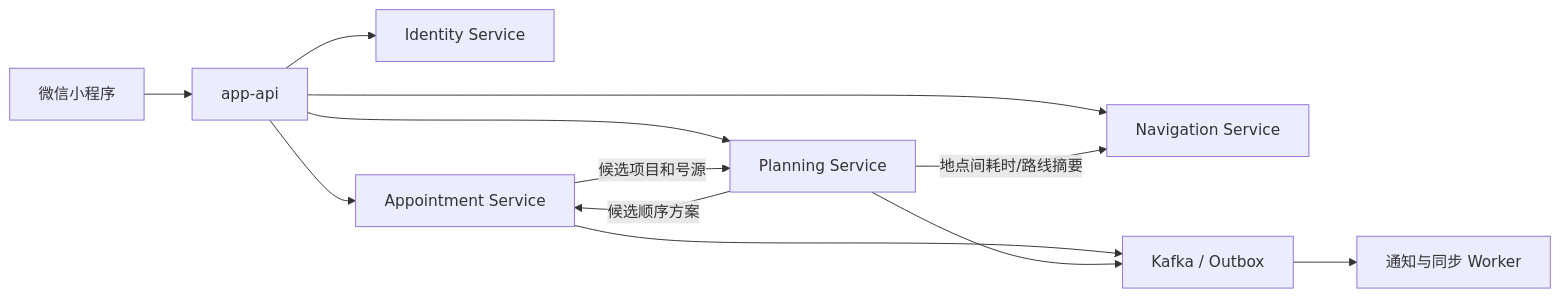
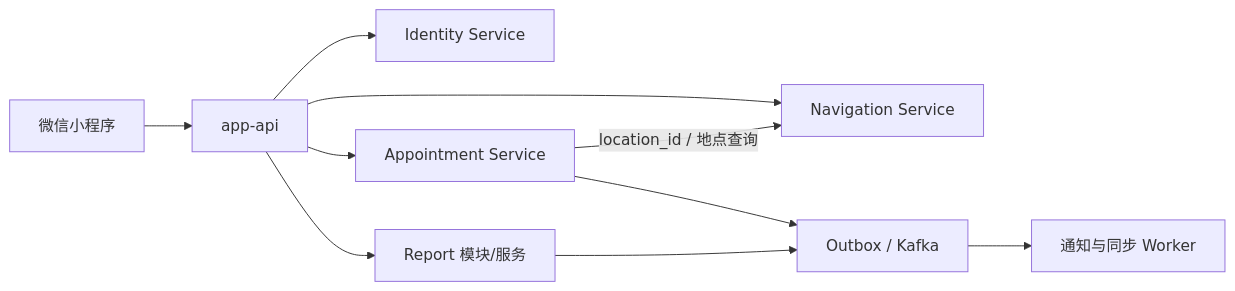
The diagram in plan/backend/overview/02-service-and-data-boundaries.md (bctd7/Hospital), drawn with Mermaid before and after one commit. The commit also changed other lines of this file and 18 other files, not shown here.

Commit message:
docs: consolidate appointment service plan

````diff
--- a/plan/backend/overview/02-service-and-data-boundaries.md
+++ b/plan/backend/overview/02-service-and-data-boundaries.md
@@ -121,16 +80,13 @@
 ```mermaid
 flowchart LR
     MINI["微信小程序"] --> API["app-api"]
     API --> ID["Identity Service"]
     API --> APPT["Appointment Service"]
-    API --> PLAN["Planning Service"]
     API --> MAP["Navigation Service"]
+    API --> REPORT["Report 模块/服务"]
 
-    APPT -- "候选项目和号源" --> PLAN
-    PLAN -- "候选顺序方案" --> APPT
-    PLAN -- "地点间耗时/路线摘要" --> MAP
-
-    APPT --> EVENT["Kafka / Outbox"]
-    PLAN --> EVENT
+    APPT -- "location_id / 地点查询" --> MAP
+    APPT --> EVENT["Outbox / Kafka"]
+    REPORT --> EVENT
     EVENT --> WORKER["通知与同步 Worker"]
 ```
````
